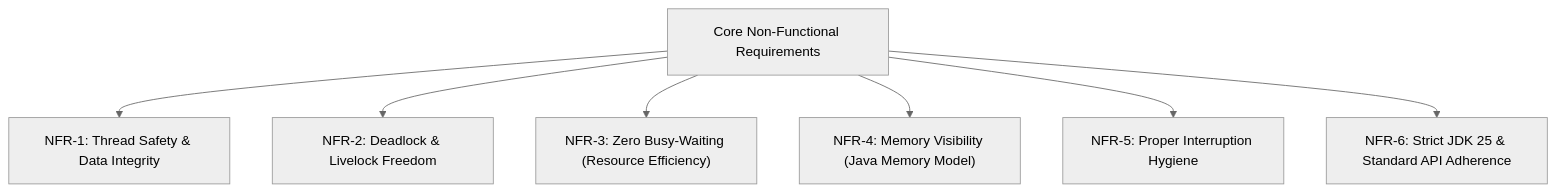
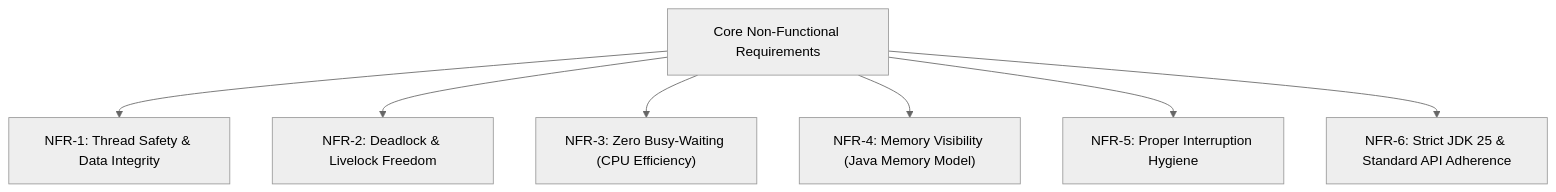
One commit to SovietskySoldatie/FacultyProject-CEBP changed the eighth of 10 diagrams in reqs/reqs.md. Above: the diagram before and after it, drawn with Mermaid (neutral theme). The commit also changed other lines of this file and 4 other files, not shown here.

Commit message:
docs: comprehensive update of all documentation files, architecture, specifications, and README in English

````diff
--- a/reqs/reqs.md
+++ b/reqs/reqs.md
@@ -419,10 +425,10 @@
 ```mermaid
 flowchart TD
     NFR["Core Non-Functional Requirements"]
     NFR --> NFR1["NFR-1: Thread Safety & Data Integrity"]
     NFR --> NFR2["NFR-2: Deadlock & Livelock Freedom"]
-    NFR --> NFR3["NFR-3: Zero Busy-Waiting (Resource Efficiency)"]
+    NFR --> NFR3["NFR-3: Zero Busy-Waiting (CPU Efficiency)"]
     NFR --> NFR4["NFR-4: Memory Visibility (Java Memory Model)"]
     NFR --> NFR5["NFR-5: Proper Interruption Hygiene"]
     NFR --> NFR6["NFR-6: Strict JDK 25 & Standard API Adherence"]
 ```
````
